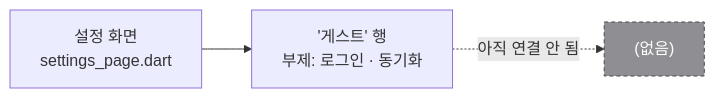
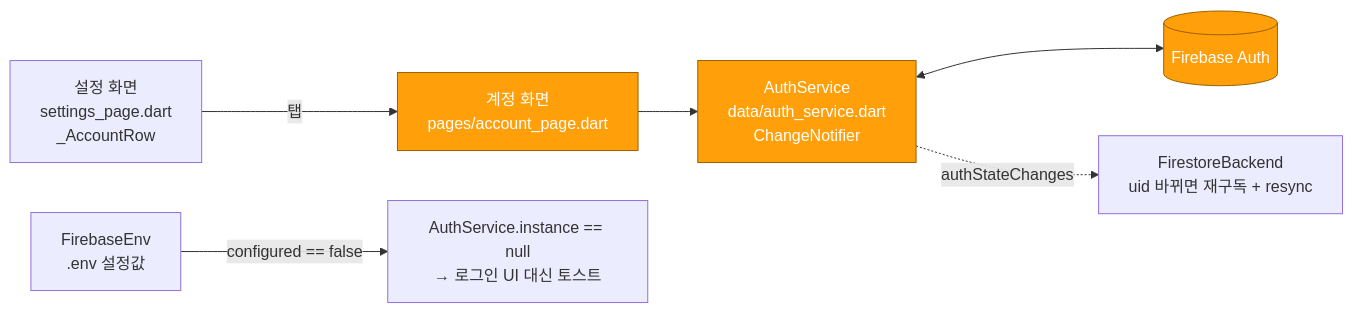
Before and after one commit to chohk1003/Keepy: the first of 3 diagrams in heeil/docs/auth.md, drawn with Mermaid. The commit also changed other lines of this file and 10 other files, not shown here.

First line of the commit message:
문서: 리베이스로 들어온 MP3 Firebase 동기화 반영

````diff
--- a/heeil/docs/auth.md
+++ b/heeil/docs/auth.md
@@ -18,7 +14,11 @@
 ```mermaid
 flowchart LR
-    S["설정 화면<br/>settings_page.dart"] --> G["'게스트' 행<br/>부제: 로그인 · 동기화"]
-    G -.->|아직 연결 안 됨| X["(없음)"]
+    S["설정 화면<br/>settings_page.dart<br/>_AccountRow"] -->|"탭"| AP["계정 화면<br/>pages/account_page.dart"]
+    AP --> AS["AuthService<br/>data/auth_service.dart<br/>ChangeNotifier"]
+    AS <--> FA[("Firebase Auth")]
+    AS -.->|"authStateChanges"| FB["FirestoreBackend<br/>uid 바뀌면 재구독 + resync"]
+    EV["FirebaseEnv<br/>.env 설정값"] -->|"configured == false"| G["AuthService.instance == null<br/>→ 로그인 UI 대신 토스트"]
 
-    style X fill:#8E8E93,stroke:#48484a,color:#fff,stroke-dasharray: 4 3
+    classDef new fill:#FF9F0A,stroke:#9c6100,color:#fff
+    class AP,AS,FA new
 ```
````
